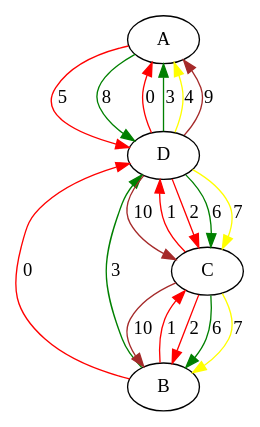
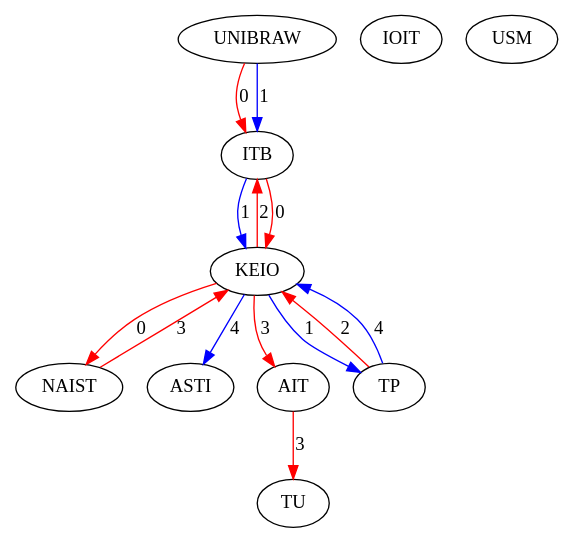
The diagram in src/assignedGraphs/assigned.dot (Hebbe1234/ExpectAll), drawn with Graphviz before and after one commit. The commit also changed 3 other files, not shown here.

```diff
--- a/src/assignedGraphs/assigned.dot
+++ b/src/assignedGraphs/assigned.dot
@@ -1,24 +1,25 @@
-digraph "G" {
-A;
-B;
-C;
-D;
-A -> D  [color=red, key=0, label=5];
-A -> D  [color=green, key=1, label=8];
-B -> D  [color=red, key=0, label=0];
-B -> D  [color=green, key=1, label=3];
-B -> C  [color=red, key=0, label=1];
-C -> D  [color=red, key=0, label=1];
-C -> B  [color=red, key=0, label=2];
-C -> B  [color=green, key=1, label=6];
-C -> B  [color=yellow, key=2, label=7];
-C -> B  [color=brown, key=3, label=10];
-D -> A  [color=red, key=0, label=0];
-D -> A  [color=green, key=1, label=3];
-D -> A  [color=yellow, key=2, label=4];
-D -> A  [color=brown, key=3, label=9];
-D -> C  [color=red, key=0, label=2];
-D -> C  [color=green, key=1, label=6];
-D -> C  [color=yellow, key=2, label=7];
-D -> C  [color=brown, key=3, label=10];
+digraph  {
+0 [Internal=1, label=UNIBRAW];
+1 [Internal=1, label=NAIST];
+2 [Internal=1, label=KEIO];
+3 [Internal=1, label=IOIT];
+4 [Internal=1, label=ASTI];
+5 [Internal=1, label=TU];
+6 [Internal=1, label=AIT];
+7 [Internal=1, label=ITB];
+8 [Internal=1, label=TP];
+9 [Internal=1, label=USM];
+0 -> 7  [color=red, key=0, label=0];
+0 -> 7  [color=blue, key=1, label=1];
+1 -> 2  [color=red, key=0, label=3];
+2 -> 1  [color=red, key=0, label=0];
+2 -> 8  [color=blue, key=0, label=1];
+2 -> 7  [color=red, key=0, label=2];
+2 -> 6  [color=red, key=0, label=3];
+2 -> 4  [color=blue, key=0, label=4];
+6 -> 5  [color=red, key=0, label=3];
+7 -> 2  [color=red, key=0, label=0];
+7 -> 2  [color=blue, key=1, label=1];
+8 -> 2  [color=red, key=0, label=2];
+8 -> 2  [color=blue, key=1, label=4];
 }
```
